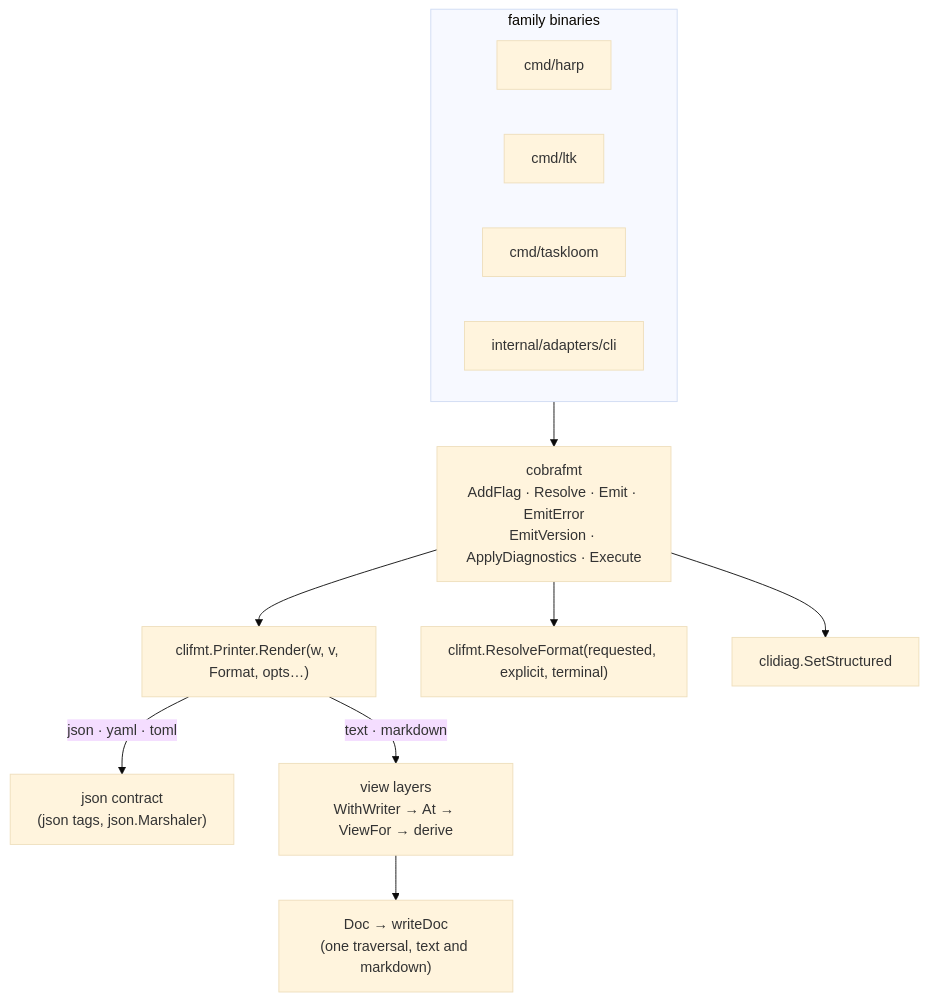
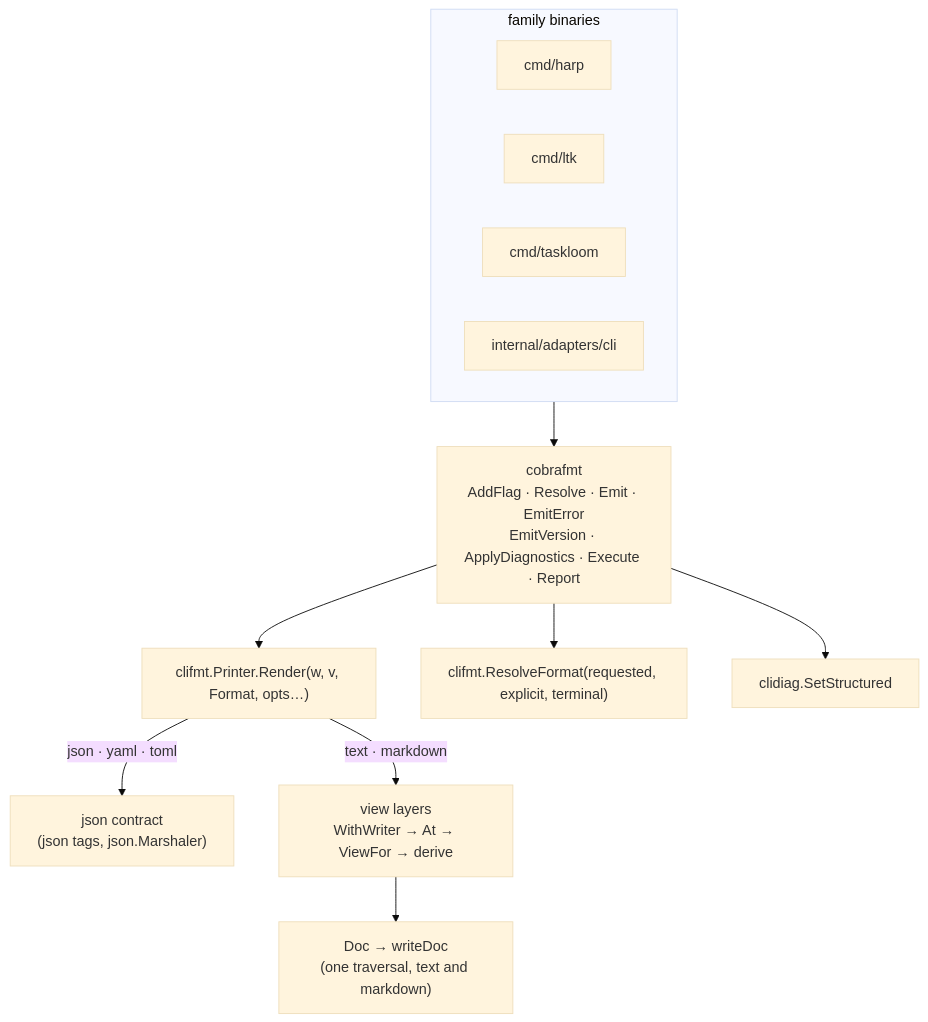
Before and after one commit to ctxloom/ctxloom: the diagram in docs/architecture/companions/clifmt.md, drawn with Mermaid (base theme). The commit also changed other lines of this file and 32 other files, not shown here.

First line of the commit message:
clifmts7: ctxloom ends through the family's cobrafmt.Report

````diff
--- a/docs/architecture/companions/clifmt.md
+++ b/docs/architecture/companions/clifmt.md
@@ -23,16 +23,16 @@
 ```mermaid
 flowchart TD
     subgraph binaries[family binaries]
         H[cmd/harp]
         L[cmd/ltk]
         T[cmd/taskloom]
         C[internal/adapters/cli]
     end
-    binaries --> CF["cobrafmt<br/>AddFlag · Resolve · Emit · EmitError<br/>EmitVersion · ApplyDiagnostics · Execute"]
+    binaries --> CF["cobrafmt<br/>AddFlag · Resolve · Emit · EmitError<br/>EmitVersion · ApplyDiagnostics · Execute · Report"]
     CF --> P["clifmt.Printer.Render(w, v, Format, opts…)"]
     CF --> RF["clifmt.ResolveFormat(requested, explicit, terminal)"]
     CF --> D["clidiag.SetStructured"]
     P -->|json · yaml · toml| M["json contract<br/>(json tags, json.Marshaler)"]
     P -->|text · markdown| V["view layers<br/>WithWriter → At → ViewFor → derive"]
     V --> DOC["Doc → writeDoc<br/>(one traversal, text and markdown)"]
 ```
````
